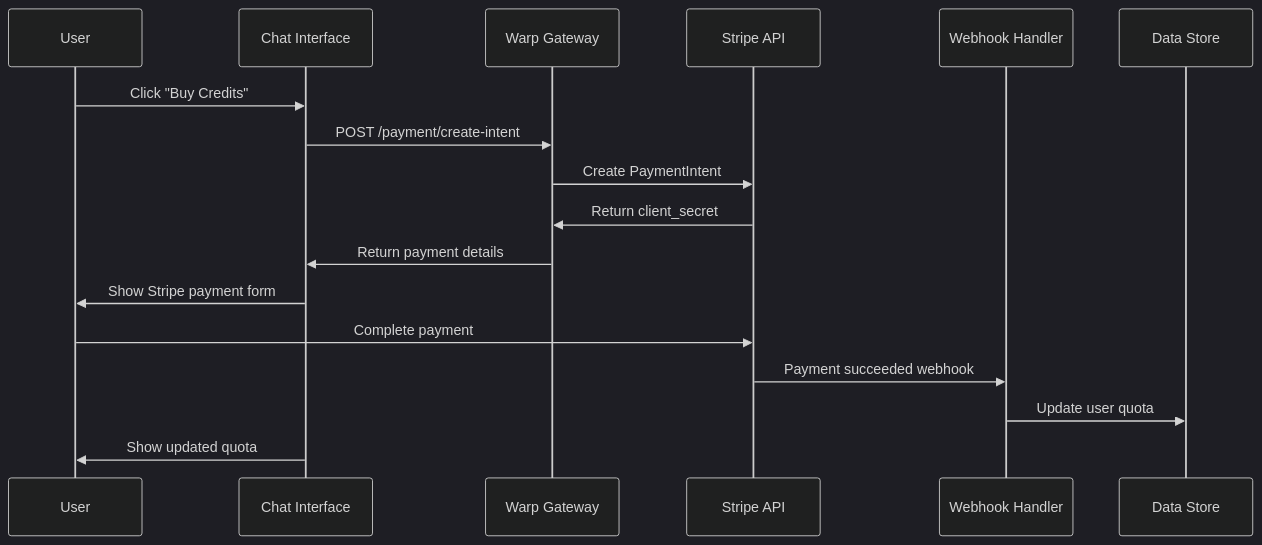
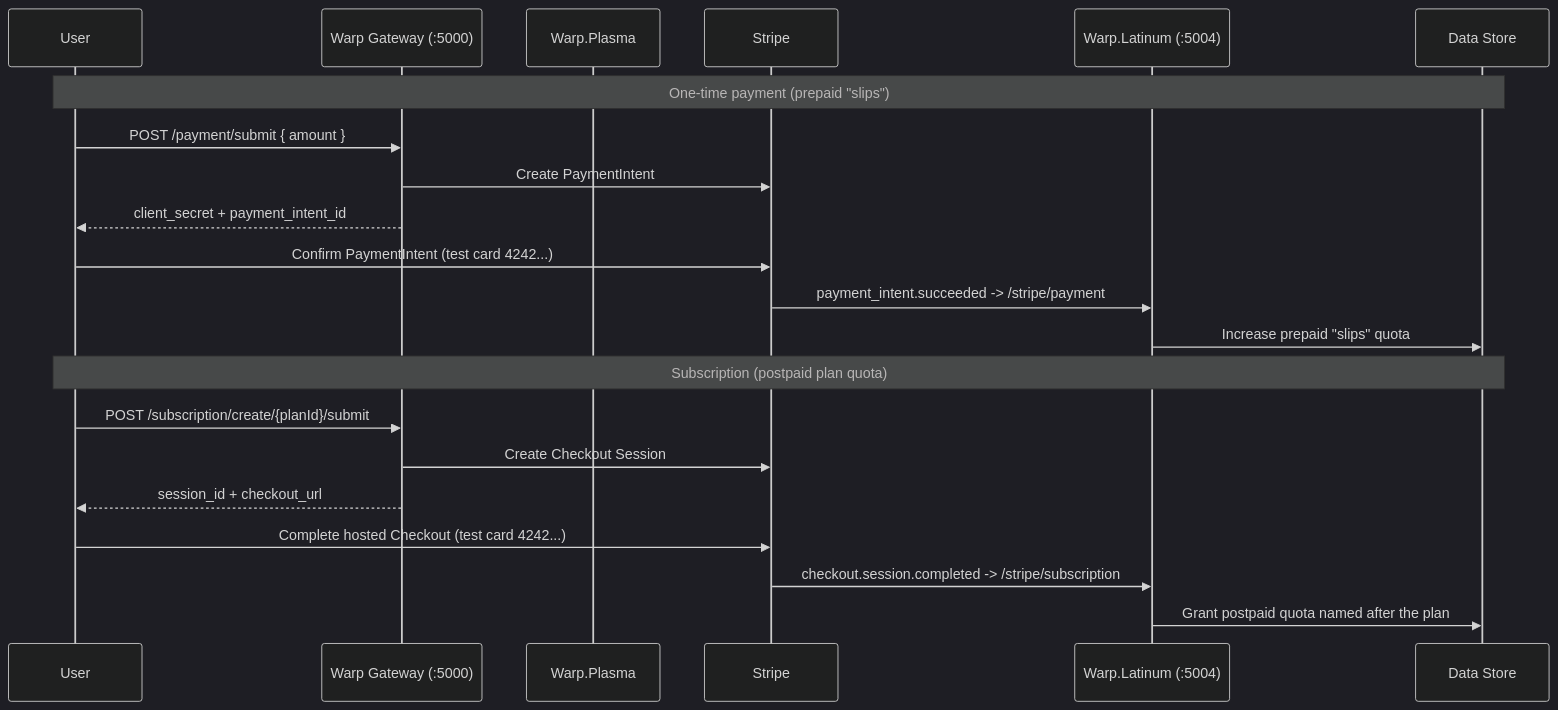
One commit to aniongithub/warp changed the diagram in examples/monetization/README.md. Above: the diagram before and after it, drawn with Mermaid (dark theme). The commit also changed other lines of this file and 7 other files, not shown here.

````diff
--- a/examples/monetization/README.md
+++ b/examples/monetization/README.md
@@ -32,21 +49,25 @@
 ```mermaid
 sequenceDiagram
-    participant User as User
-    participant Chat as Chat Interface
-    participant Warp as Warp Gateway
-    participant Stripe as Stripe API
-    participant Webhook as Webhook Handler
+    participant User
+    participant Gateway as Warp Gateway (:5000)
+    participant Plasma as Warp.Plasma
+    participant Stripe
+    participant Latinum as Warp.Latinum (:5004)
     participant DB as Data Store
 
-    User->>Chat: Click "Buy Credits"
-    Chat->>Warp: POST /payment/create-intent
-    Warp->>Stripe: Create PaymentIntent
-    Stripe->>Warp: Return client_secret
-    Warp->>Chat: Return payment details
-    
-    Chat->>User: Show Stripe payment form
-    User->>Stripe: Complete payment
-    Stripe->>Webhook: Payment succeeded webhook
-    Webhook->>DB: Update user quota
-    Chat->>User: Show updated quota
+    Note over User,DB: One-time payment (prepaid "slips")
+    User->>Gateway: POST /payment/submit { amount }
+    Gateway->>Stripe: Create PaymentIntent
+    Gateway-->>User: client_secret + payment_intent_id
+    User->>Stripe: Confirm PaymentIntent (test card 4242...)
+    Stripe->>Latinum: payment_intent.succeeded -> /stripe/payment
+    Latinum->>DB: Increase prepaid "slips" quota
+
+    Note over User,DB: Subscription (postpaid plan quota)
+    User->>Gateway: POST /subscription/create/{planId}/submit
+    Gateway->>Stripe: Create Checkout Session
+    Gateway-->>User: session_id + checkout_url
+    User->>Stripe: Complete hosted Checkout (test card 4242...)
+    Stripe->>Latinum: checkout.session.completed -> /stripe/subscription
+    Latinum->>DB: Grant postpaid quota named after the plan
 ```
````
